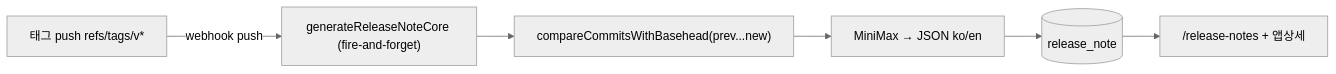
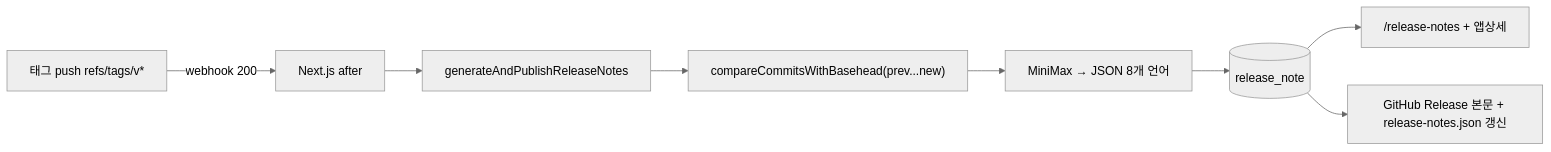
One commit to seorilabs/seorilabs-backoffice changed the diagram in docs/DEPLOY.md. Above: the diagram before and after it, drawn with Mermaid (neutral theme). The commit also changed other lines of this file and 18 other files, not shown here.

````diff
--- a/docs/DEPLOY.md
+++ b/docs/DEPLOY.md
@@ -210,6 +212,8 @@
 ```mermaid
 flowchart LR
-  TAG["태그 push refs/tags/v*"] -->|webhook push| GEN["generateReleaseNoteCore (fire-and-forget)"]
-  GEN --> CMP["compareCommitsWithBasehead(prev...new)"] --> MM["MiniMax → JSON ko/en"] --> DB[("release_note")]
+  TAG["태그 push refs/tags/v*"] -->|webhook 200| AFTER["Next.js after"]
+  AFTER --> GEN["generateAndPublishReleaseNotes"]
+  GEN --> CMP["compareCommitsWithBasehead(prev...new)"] --> MM["MiniMax → JSON 8개 언어"] --> DB[("release_note")]
   DB --> UI["/release-notes + 앱상세"]
+  DB --> GH["GitHub Release 본문 + release-notes.json 갱신"]
 ```
````
